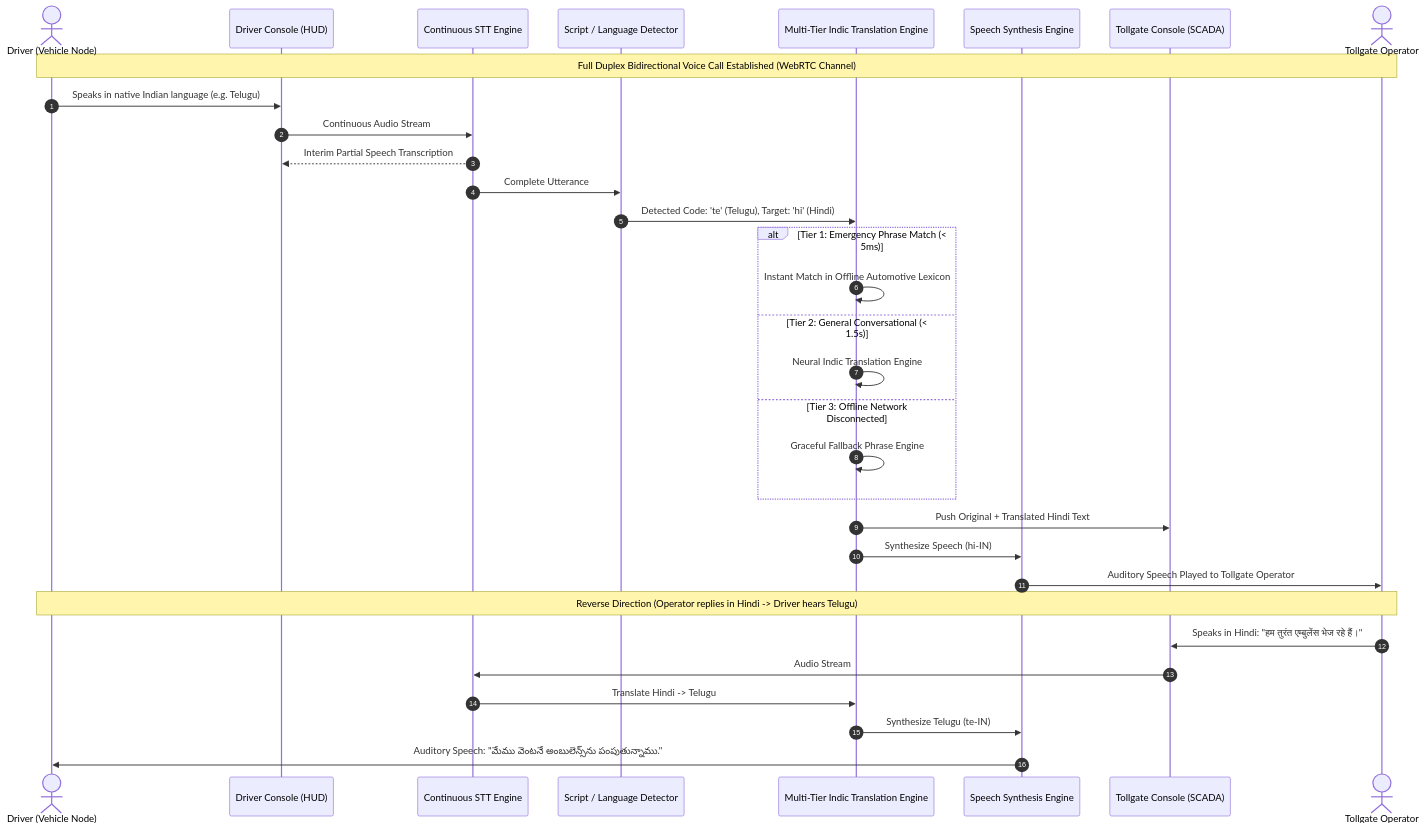
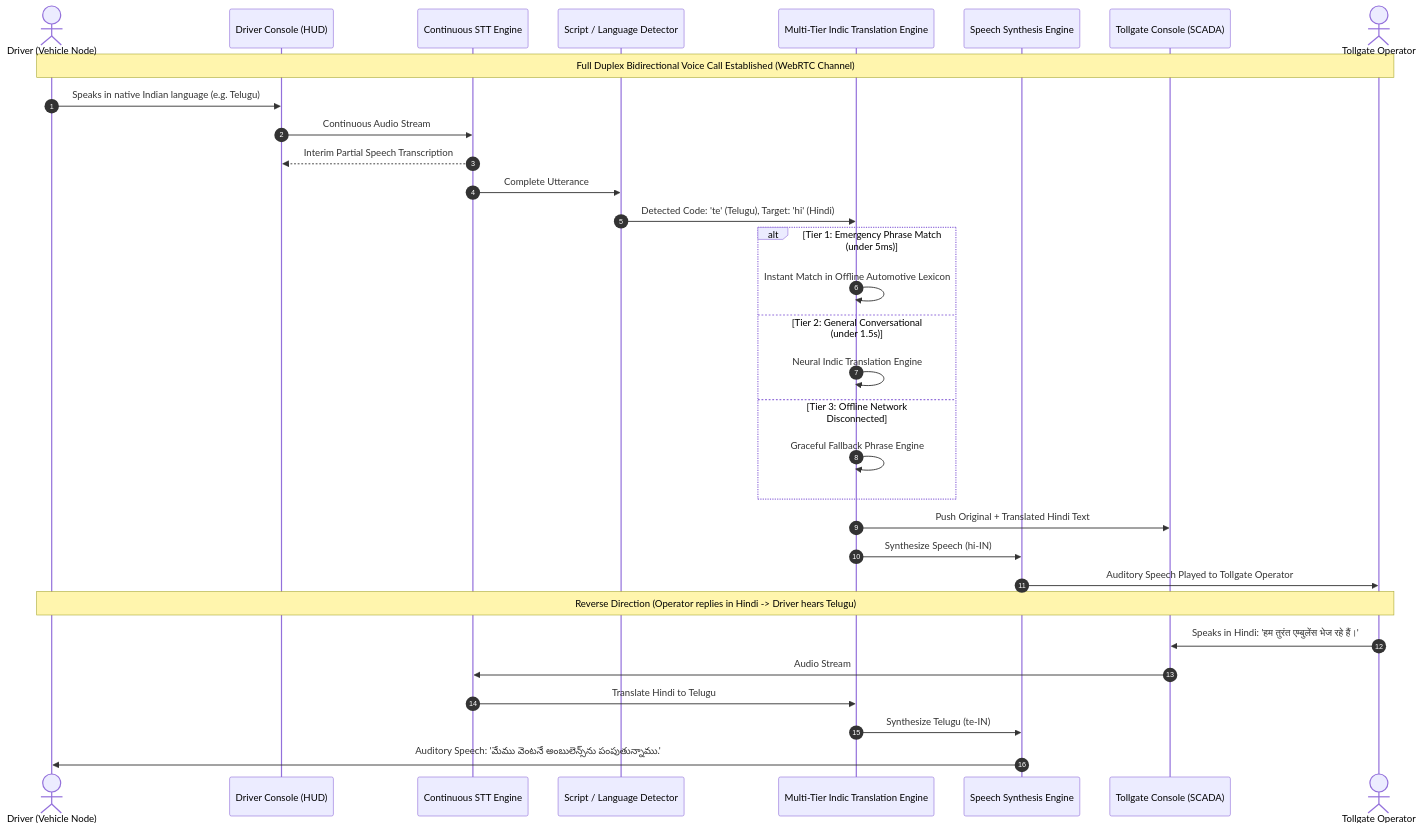
The second of 2 diagrams in README.md (rajeshmediboina596-droid/V2V-SCADA), drawn with Mermaid before and after one commit. The commit also changed other lines of this file, not shown here.

Commit message:
fix(docs): quote Mermaid diagram edge labels and escape special characters for GitHub rendering

````diff
--- a/README.md
+++ b/README.md
@@ -350,39 +350,39 @@
 ```mermaid
 sequenceDiagram
     autonumber
     actor Driver as Driver (Vehicle Node)
     participant DriverUI as Driver Console (HUD)
     participant STT as Continuous STT Engine
     participant AutoDet as Script / Language Detector
     participant TransEngine as Multi-Tier Indic Translation Engine
     participant TTS as Speech Synthesis Engine
     participant OperatorUI as Tollgate Console (SCADA)
     actor Operator as Tollgate Operator
 
     Note over Driver,Operator: Full Duplex Bidirectional Voice Call Established (WebRTC Channel)
 
     Driver->>DriverUI: Speaks in native Indian language (e.g. Telugu)
     DriverUI->>STT: Continuous Audio Stream
     STT-->>DriverUI: Interim Partial Speech Transcription
     STT->>AutoDet: Complete Utterance
     AutoDet->>TransEngine: Detected Code: 'te' (Telugu), Target: 'hi' (Hindi)
     
-    alt Tier 1: Emergency Phrase Match (< 5ms)
+    alt Tier 1: Emergency Phrase Match (under 5ms)
         TransEngine->>TransEngine: Instant Match in Offline Automotive Lexicon
-    else Tier 2: General Conversational (< 1.5s)
+    else Tier 2: General Conversational (under 1.5s)
         TransEngine->>TransEngine: Neural Indic Translation Engine
     else Tier 3: Offline Network Disconnected
         TransEngine->>TransEngine: Graceful Fallback Phrase Engine
     end
 
     TransEngine->>OperatorUI: Push Original + Translated Hindi Text
     TransEngine->>TTS: Synthesize Speech (hi-IN)
     TTS->>Operator: Auditory Speech Played to Tollgate Operator
 
     Note over Operator,Driver: Reverse Direction (Operator replies in Hindi -> Driver hears Telugu)
-    Operator->>OperatorUI: Speaks in Hindi: "हम तुरंत एम्बुलेंस भेज रहे हैं।"
+    Operator->>OperatorUI: Speaks in Hindi: 'हम तुरंत एम्बुलेंस भेज रहे हैं।'
     OperatorUI->>STT: Audio Stream
-    STT->>TransEngine: Translate Hindi -> Telugu
+    STT->>TransEngine: Translate Hindi to Telugu
     TransEngine->>TTS: Synthesize Telugu (te-IN)
-    TTS->>Driver: Auditory Speech: "మేము వెంటనే అంబులెన్స్‌ను పంపుతున్నాము."
+    TTS->>Driver: Auditory Speech: 'మేము వెంటనే అంబులెన్స్‌ను పంపుతున్నాము.'
 ```
````
